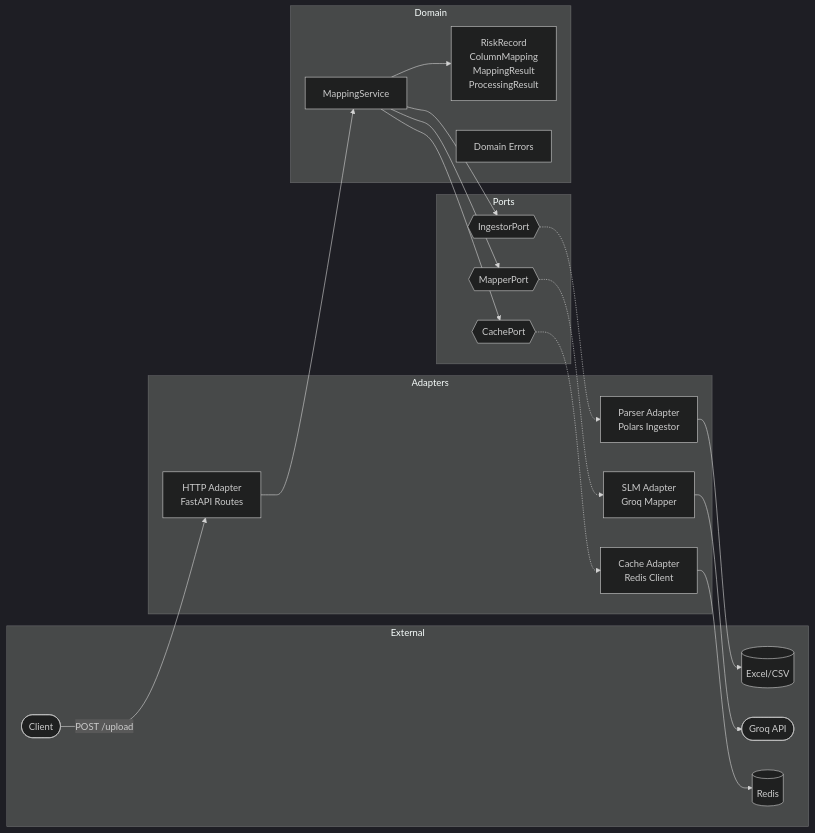
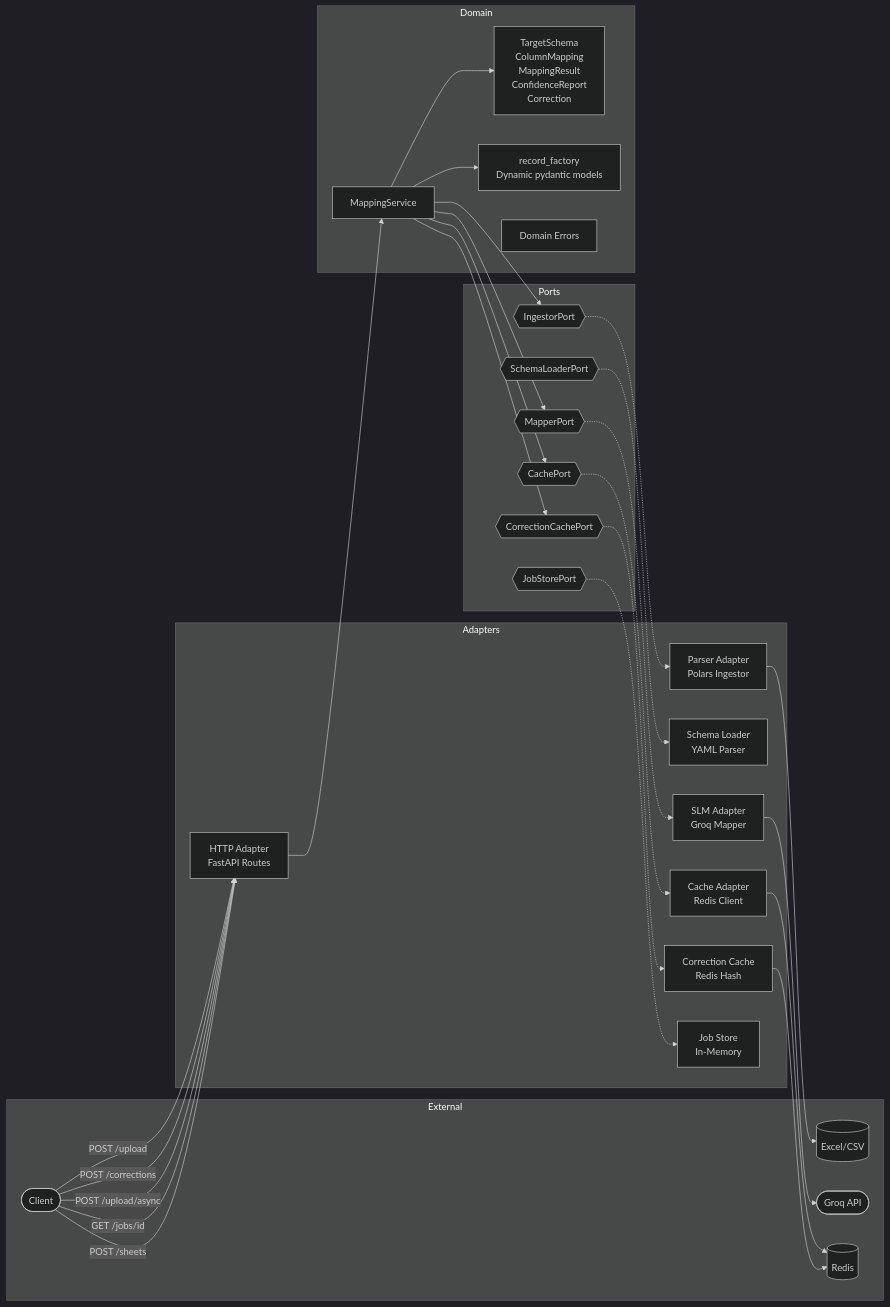
Before and after one commit to ricjhill/riskflow: the diagram in README.md, drawn with Mermaid (dark theme). The commit also changed other lines of this file and 1 other file, not shown here.

````diff
--- a/README.md
+++ b/README.md
@@ -54,41 +54,58 @@
 ```mermaid
 graph LR
     subgraph External
         Client([Client])
         Excel[(Excel/CSV)]
         Groq([Groq API])
         Redis[(Redis)]
     end
 
     subgraph Adapters
         HTTP[HTTP Adapter<br>FastAPI Routes]
         Parser[Parser Adapter<br>Polars Ingestor]
+        SchemaLoader[Schema Loader<br>YAML Parser]
         SLM[SLM Adapter<br>Groq Mapper]
         Cache[Cache Adapter<br>Redis Client]
+        CorrCache[Correction Cache<br>Redis Hash]
+        JobStore[Job Store<br>In-Memory]
     end
 
     subgraph Ports
         IngestorPort{{IngestorPort}}
         MapperPort{{MapperPort}}
         CachePort{{CachePort}}
+        CorrectionCachePort{{CorrectionCachePort}}
+        JobStorePort{{JobStorePort}}
+        SchemaLoaderPort{{SchemaLoaderPort}}
     end
 
     subgraph Domain
         Service[MappingService]
-        Models[RiskRecord<br>ColumnMapping<br>MappingResult<br>ProcessingResult]
+        Models[TargetSchema<br>ColumnMapping<br>MappingResult<br>ConfidenceReport<br>Correction]
+        RecordFactory[record_factory<br>Dynamic pydantic models]
         Errors[Domain Errors]
     end
 
     Client -->|POST /upload| HTTP
+    Client -->|POST /corrections| HTTP
+    Client -->|POST /upload/async| HTTP
+    Client -->|GET /jobs/id| HTTP
+    Client -->|POST /sheets| HTTP
     HTTP --> Service
     Service --> IngestorPort
     Service --> MapperPort
     Service --> CachePort
+    Service --> CorrectionCachePort
+    Service --> RecordFactory
     Service --> Models
     IngestorPort -.-> Parser
     MapperPort -.-> SLM
     CachePort -.-> Cache
+    CorrectionCachePort -.-> CorrCache
+    JobStorePort -.-> JobStore
+    SchemaLoaderPort -.-> SchemaLoader
     Parser --> Excel
     SLM --> Groq
     Cache --> Redis
+    CorrCache --> Redis
 ```
````
